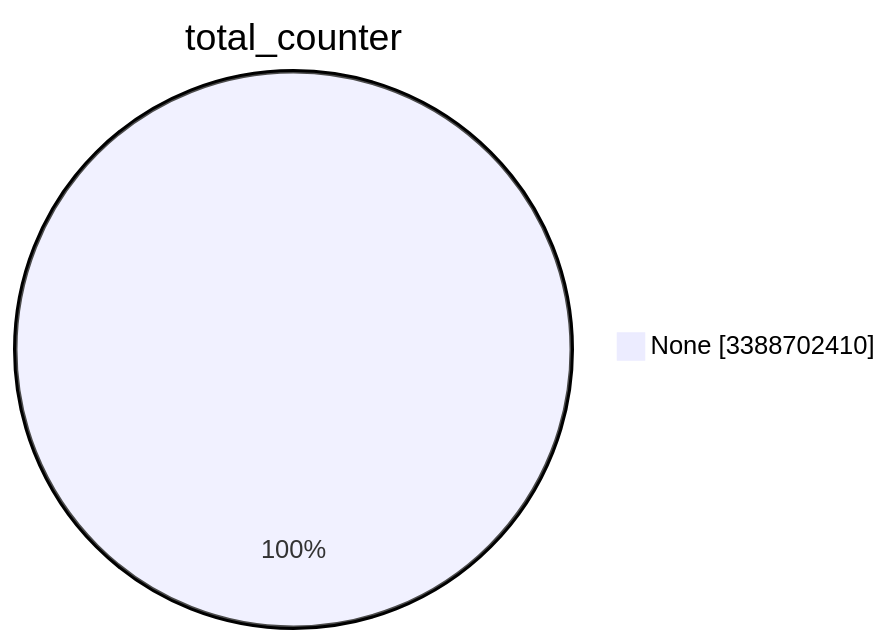
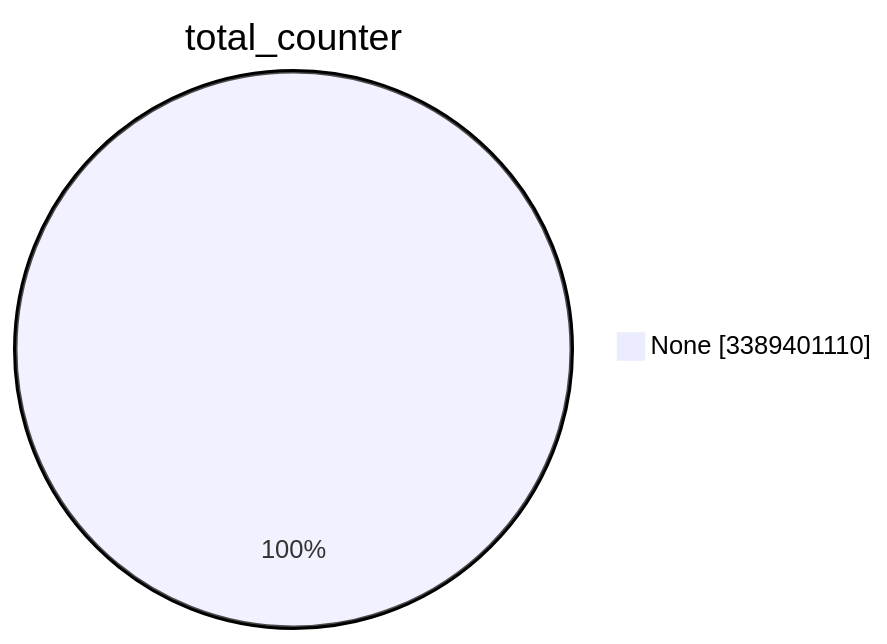
The first of 15 diagrams in TOTAL/README.md (christiankrug/ctmonitor_visualization), drawn with Mermaid before and after one commit. The commit also changed other lines of this file, not shown here.

````diff
--- a/TOTAL/README.md
+++ b/TOTAL/README.md
@@ -1,5 +1,5 @@
 ```mermaid
 pie showData
 title total_counter
-"None" :3388702410
+"None" :3389401110
 ```
````
